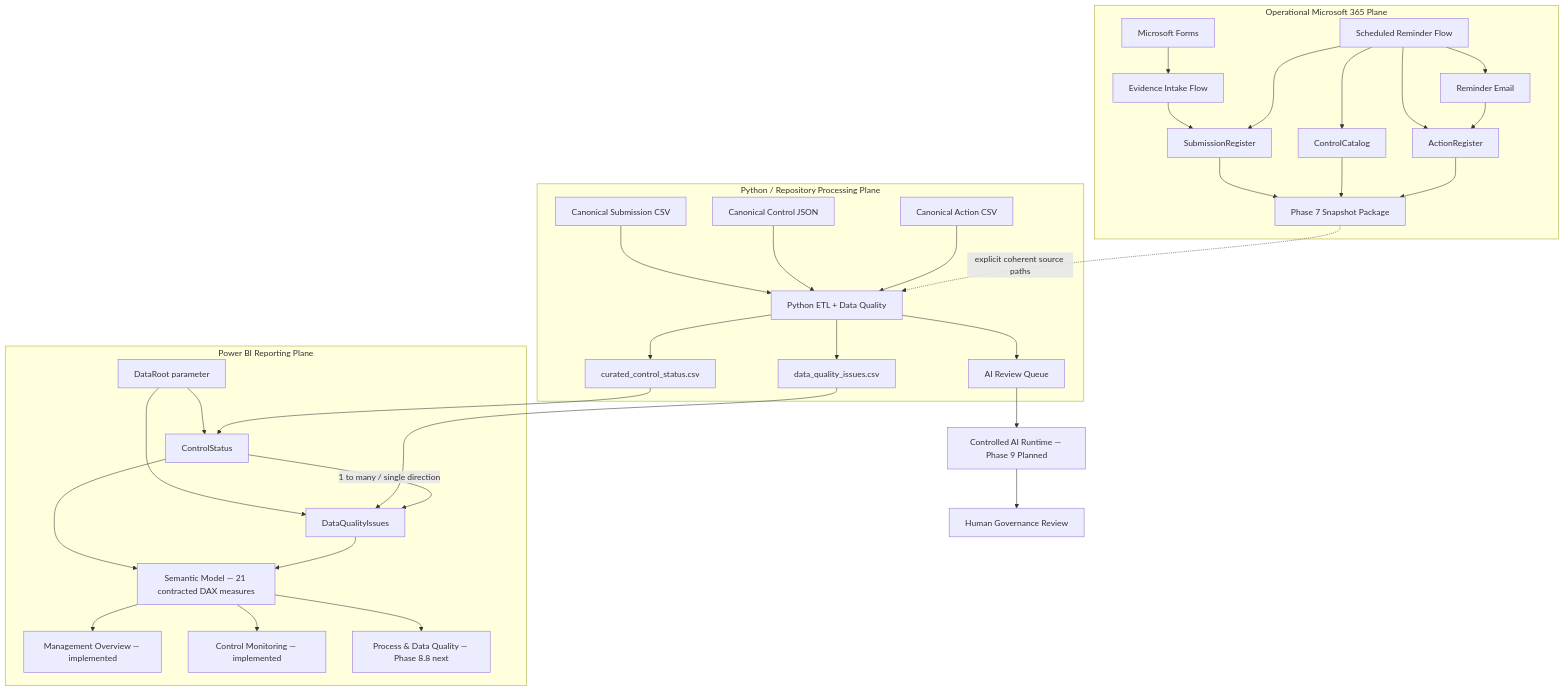
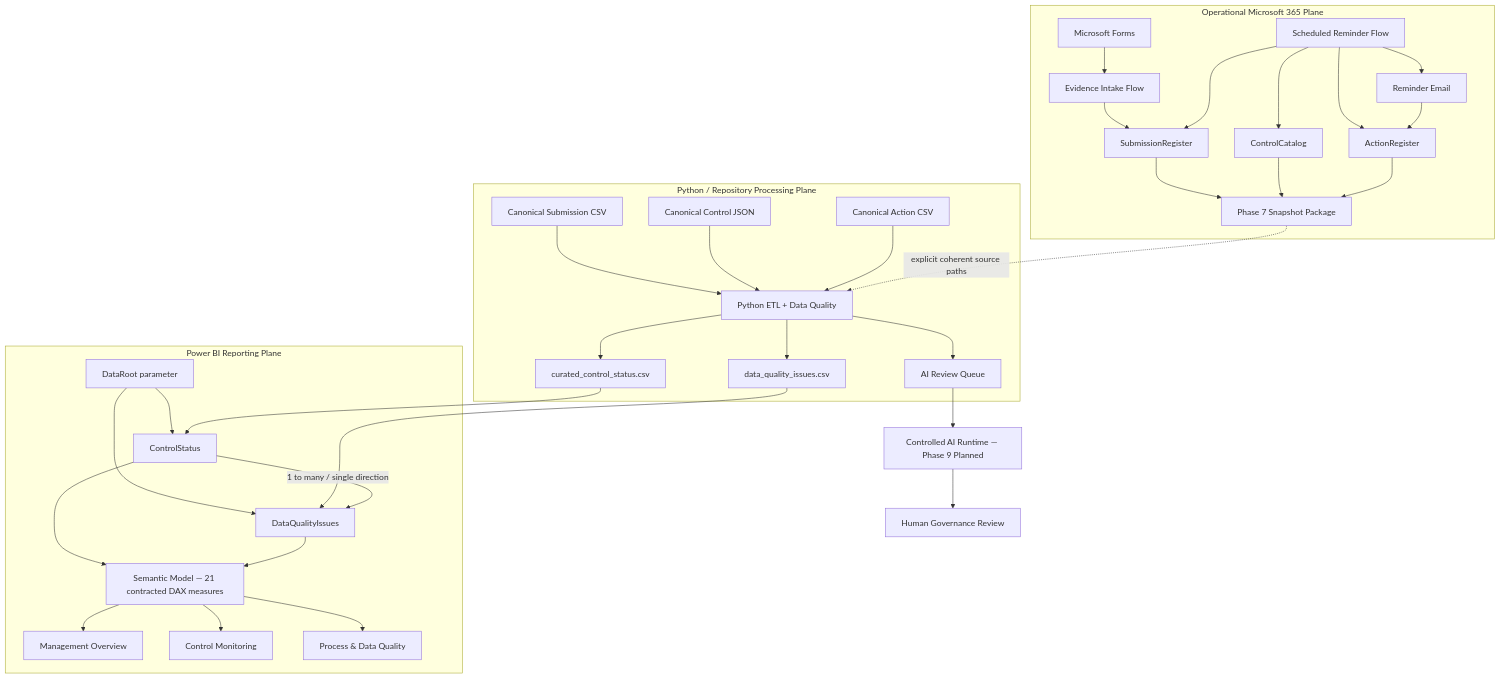
The diagram in docs/architecture.md (gw-ai-security/cyber-governance-automation-lab), drawn with Mermaid before and after one commit. The commit also changed other lines of this file, not shown here.

Commit message:
docs: synchronize architecture through Phase 8 completion

````diff
--- a/docs/architecture.md
+++ b/docs/architecture.md
@@ -134,43 +166,43 @@
 ```mermaid
 flowchart TD
     subgraph OP[Operational Microsoft 365 Plane]
         A[Microsoft Forms] --> B[Evidence Intake Flow]
         B --> C[SubmissionRegister]
 
         D[Scheduled Reminder Flow] --> C
         D --> E[ControlCatalog]
         D --> F[ActionRegister]
         D --> G[Reminder Email]
         G --> F
 
         C --> S[Phase 7 Snapshot Package]
         E --> S
         F --> S
     end
 
     subgraph PY[Python / Repository Processing Plane]
         H[Canonical Submission CSV] --> K[Python ETL + Data Quality]
         I[Canonical Control JSON] --> K
         J[Canonical Action CSV] --> K
         S -. explicit coherent source paths .-> K
         K --> L[curated_control_status.csv]
         K --> M[data_quality_issues.csv]
         K --> N[AI Review Queue]
     end
 
     subgraph BI[Power BI Reporting Plane]
         DR[DataRoot parameter] --> CS[ControlStatus]
         DR --> DQ[DataQualityIssues]
         L --> CS
         M --> DQ
         CS -->|1 to many / single direction| DQ
         CS --> SM[Semantic Model — 21 contracted DAX measures]
         DQ --> SM
-        SM --> MO[Management Overview — implemented]
-        SM --> CM[Control Monitoring — implemented]
-        SM --> PDQ[Process & Data Quality — Phase 8.8 next]
+        SM --> MO[Management Overview]
+        SM --> CM[Control Monitoring]
+        SM --> PDQ[Process & Data Quality]
     end
 
     N --> Q[Controlled AI Runtime — Phase 9 Planned]
     Q --> R[Human Governance Review]
 ```
````
